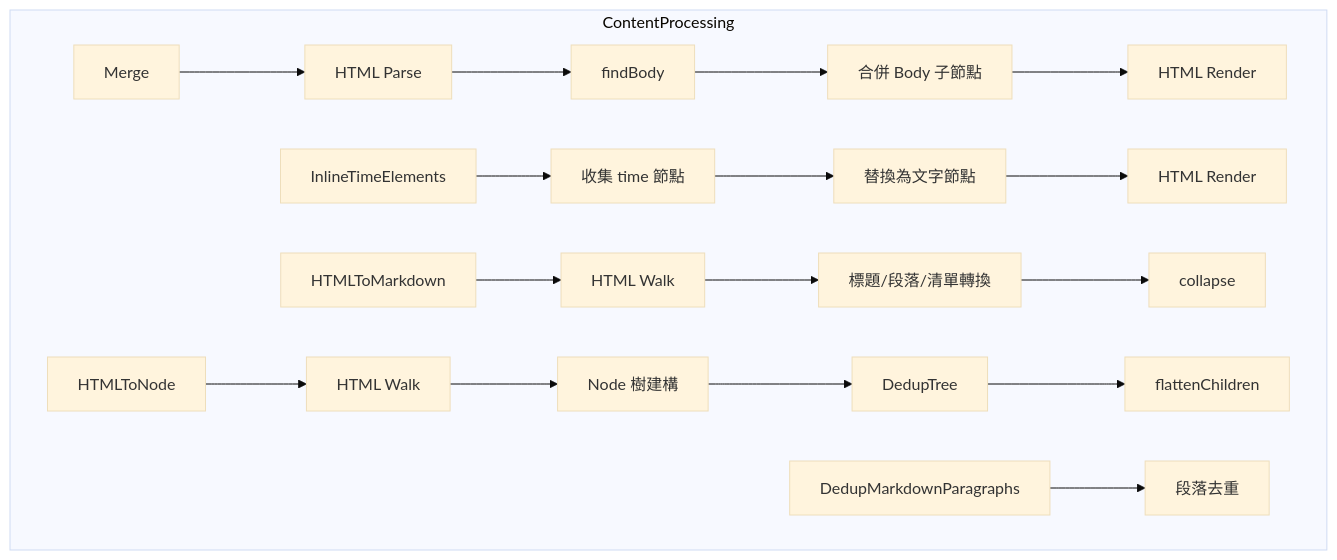
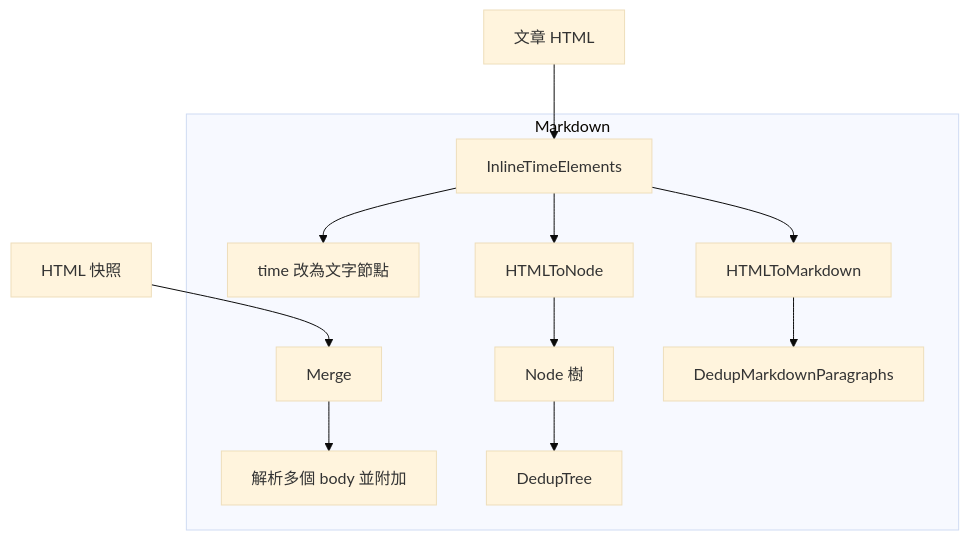
Before and after one commit to pardnchiu/go-browser: the fifth of 7 diagrams in doc/architecture.zh.md, drawn with Mermaid (base theme). The commit also changed other lines of this file and 5 other files, not shown here.

````diff
--- a/doc/architecture.zh.md
+++ b/doc/architecture.zh.md
@@ -121,20 +106,14 @@
 ```mermaid
 graph TB
-    subgraph ContentProcessing
-        A[Merge] --> B[HTML Parse]
-        B --> C[findBody]
-        C --> D[合併 Body 子節點]
-        D --> E[HTML Render]
-        F[InlineTimeElements] --> G[收集 time 節點]
-        G --> H[替換為文字節點]
-        H --> I[HTML Render]
-        J[HTMLToMarkdown] --> K[HTML Walk]
-        K --> L[標題/段落/清單轉換]
-        L --> M[collapse]
-        N[HTMLToNode] --> O[HTML Walk]
-        O --> P[Node 樹建構]
-        P --> Q[DedupTree]
-        Q --> R[flattenChildren]
-        S[DedupMarkdownParagraphs] --> T[段落去重]
+    subgraph Markdown
+        A[Merge] --> B[解析多個 body 並附加]
+        C[InlineTimeElements] --> D[time 改為文字節點]
+        E[HTMLToNode] --> F[Node 樹]
+        F --> G[DedupTree]
+        H[HTMLToMarkdown] --> I[DedupMarkdownParagraphs]
     end
+    Snapshots[HTML 快照] --> A
+    ArticleHTML[文章 HTML] --> C
+    C --> E
+    C --> H
 ```
````
